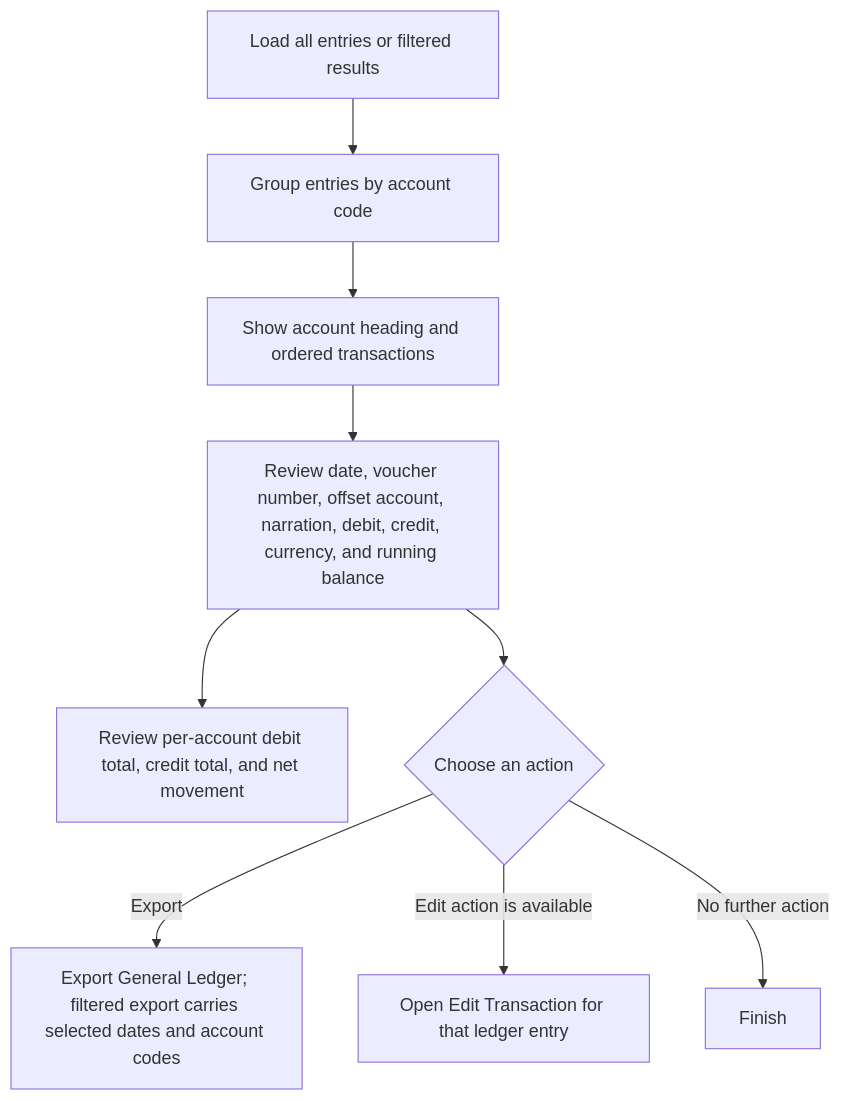
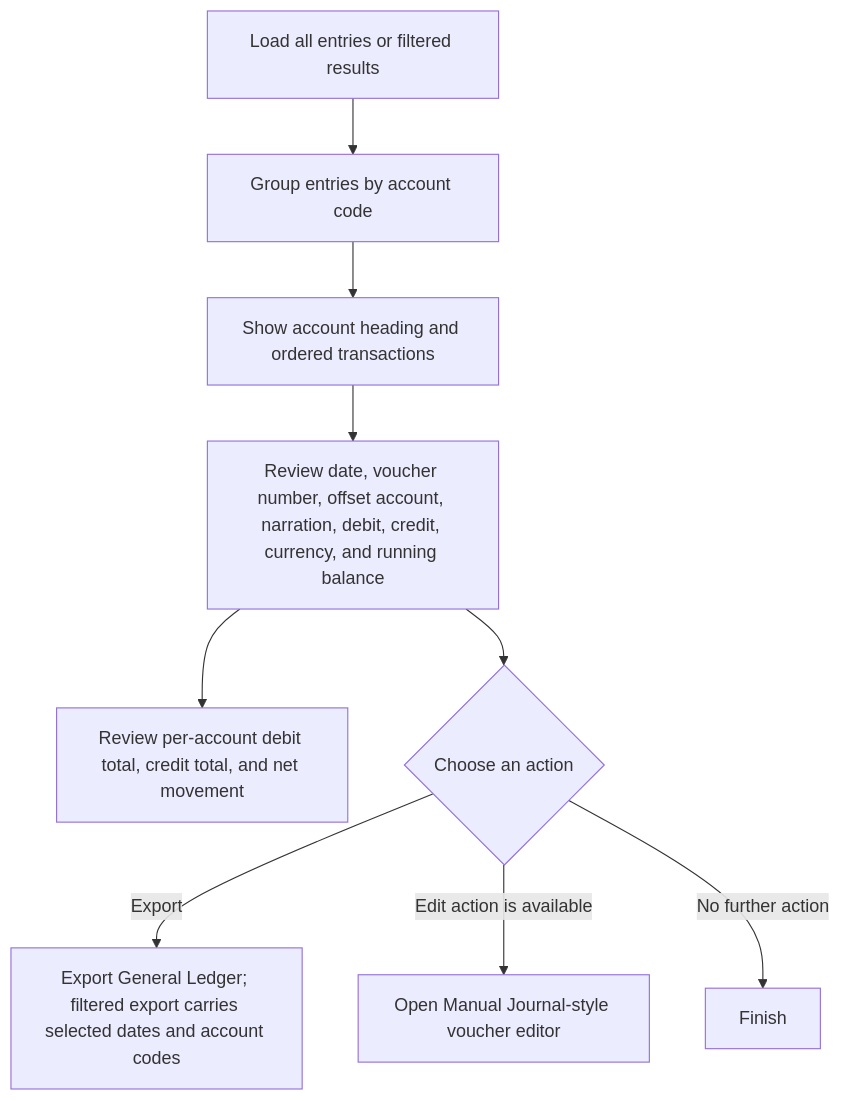
Before and after one commit to ThawHtooZin/LMS: the second of 3 diagrams in UserFlowDiagrams/Account/generalLedgerUserFlowDiagram.md, drawn with Mermaid. The commit also changed other lines of this file and 3 other files, not shown here.

Commit message:
General Ledger Edit feature (Not tested)

````diff
--- a/UserFlowDiagrams/Account/generalLedgerUserFlowDiagram.md
+++ b/UserFlowDiagrams/Account/generalLedgerUserFlowDiagram.md
@@ -27,11 +27,11 @@
 ```mermaid
 flowchart TD
     A[Load all entries or filtered results] --> B[Group entries by account code]
     B --> C[Show account heading and ordered transactions]
     C --> D[Review date, voucher number, offset account, narration, debit, credit, currency, and running balance]
     D --> E[Review per-account debit total, credit total, and net movement]
     D --> F{Choose an action}
     F -->|Export| G[Export General Ledger; filtered export carries selected dates and account codes]
-    F -->|Edit action is available| H[Open Edit Transaction for that ledger entry]
+    F -->|Edit action is available| H[Open Manual Journal-style voucher editor]
     F -->|No further action| I[Finish]
 ```
````
